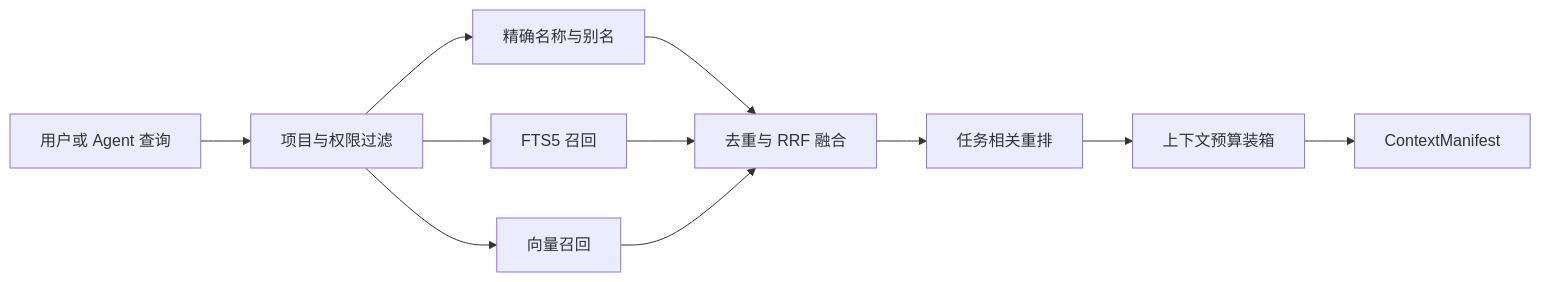
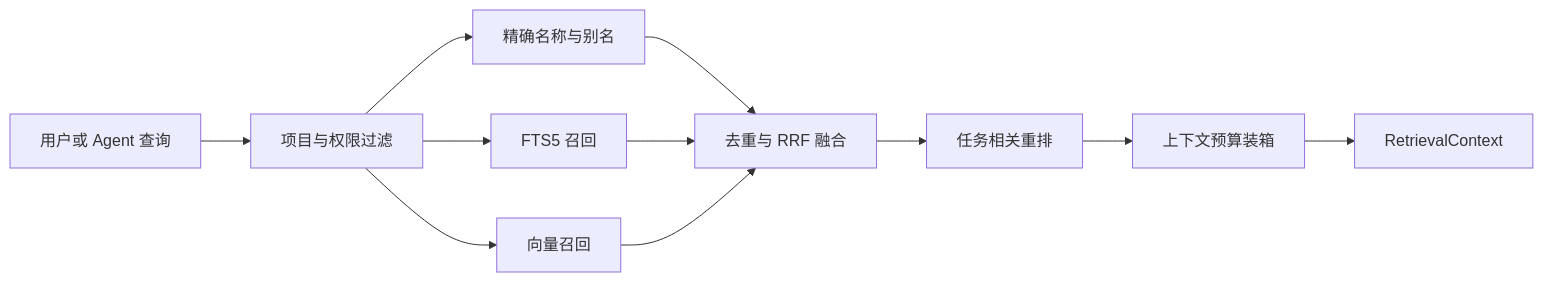
The second of 2 diagrams in docs/LOCAL_RAG_INGESTION_DESIGN.md (Mengman/CleoDoc), drawn with Mermaid before and after one commit. The commit also changed other lines of this file and 43 other files, not shown here.

````diff
--- a/docs/LOCAL_RAG_INGESTION_DESIGN.md
+++ b/docs/LOCAL_RAG_INGESTION_DESIGN.md
@@ -320,13 +320,13 @@
 ```mermaid
 flowchart LR
     QUERY["用户或 Agent 查询"] --> FILTER["项目与权限过滤"]
     FILTER --> EXACT["精确名称与别名"]
     FILTER --> FTS["FTS5 召回"]
     FILTER --> VECTOR["向量召回"]
     EXACT --> RRF["去重与 RRF 融合"]
     FTS --> RRF
     VECTOR --> RRF
     RRF --> RERANK["任务相关重排"]
     RERANK --> BUDGET["上下文预算装箱"]
-    BUDGET --> MANIFEST["ContextManifest"]
+    BUDGET --> CONTEXT["RetrievalContext"]
 ```
````
